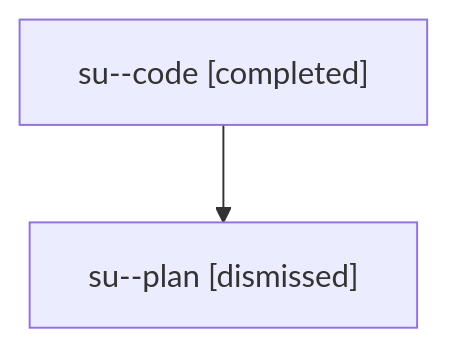
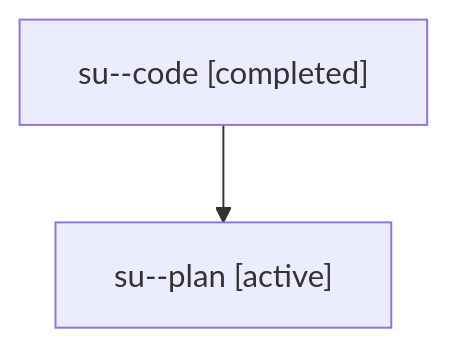
One commit to sase-org/sase--agents changed the diagram in families/bbugyi200.athena.su.md. Above: the diagram before and after it, drawn with Mermaid. The commit also changed other lines of this file and 4556 other files, not shown here.

````diff
--- a/families/bbugyi200.athena.su.md
+++ b/families/bbugyi200.athena.su.md
@@ -9,6 +9,6 @@
 ```mermaid
 flowchart TD
   n0["su--code [completed]"]
-  n1["su--plan [dismissed]"]
+  n1["su--plan [active]"]
   n0 --> n1
 ```
````
